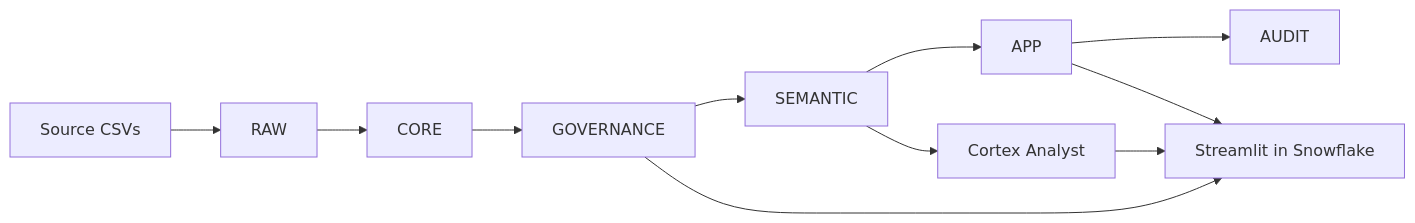
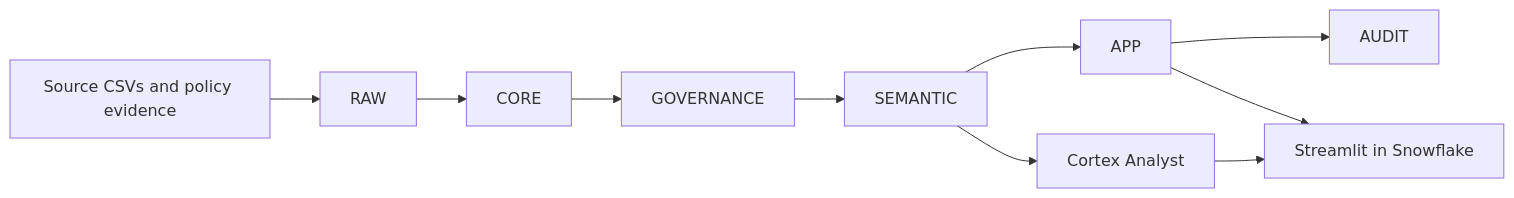
The third of 7 diagrams in docs/ARCHITECTURE.md (pankajadam-tech/chainproof-snowflake), drawn with Mermaid before and after one commit. The commit also changed other lines of this file, not shown here.

Commit message:
fix: add mermaid fencing and   markdown formatting to   ARCHITECTURE.md

````diff
--- a/docs/ARCHITECTURE.md
+++ b/docs/ARCHITECTURE.md
@@ -24,13 +106,12 @@
 ```mermaid
 flowchart LR
-S[Source CSVs] --> RAW[RAW]
+S[Source CSVs and policy evidence] --> RAW[RAW]
 RAW --> CORE[CORE]
 CORE --> GOV[GOVERNANCE]
 GOV --> SEM[SEMANTIC]
 SEM --> APP[APP]
 APP --> AUD[AUDIT]
 SEM --> CA[Cortex Analyst]
-GOV --> ST[Streamlit in Snowflake]
+APP --> ST[Streamlit in Snowflake]
 CA --> ST
-APP --> ST
 ```
````
